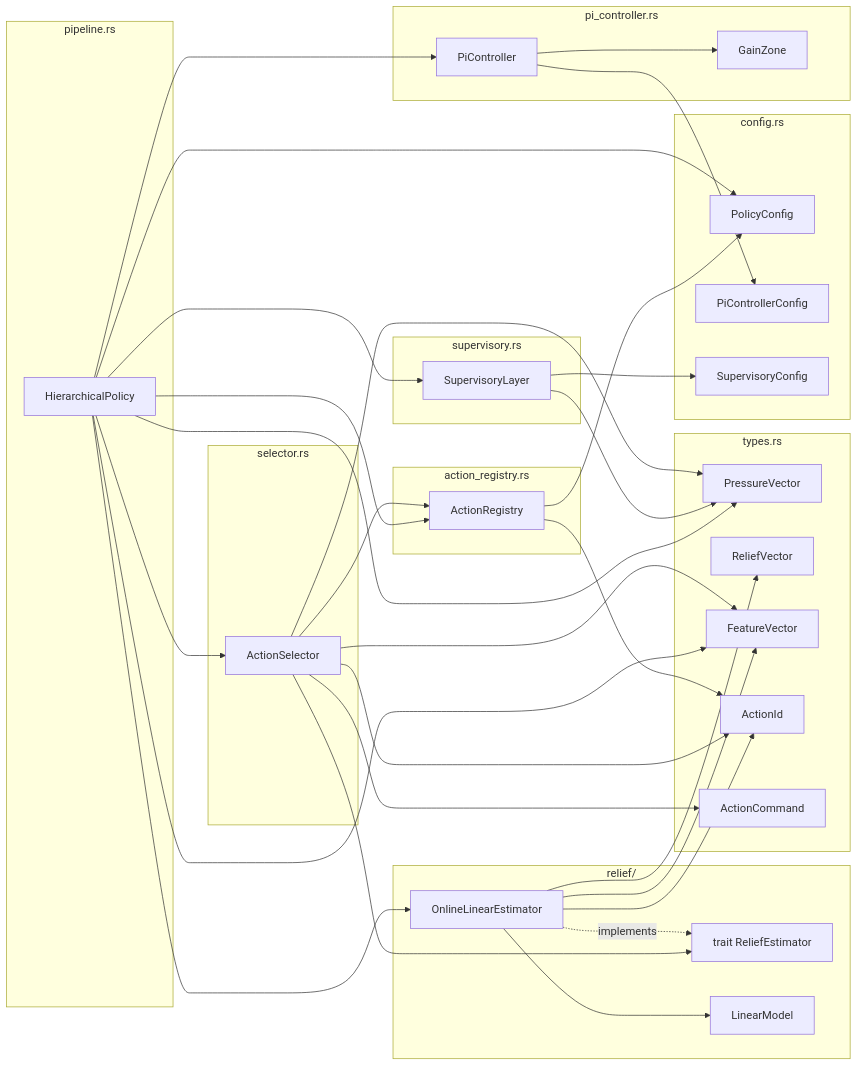
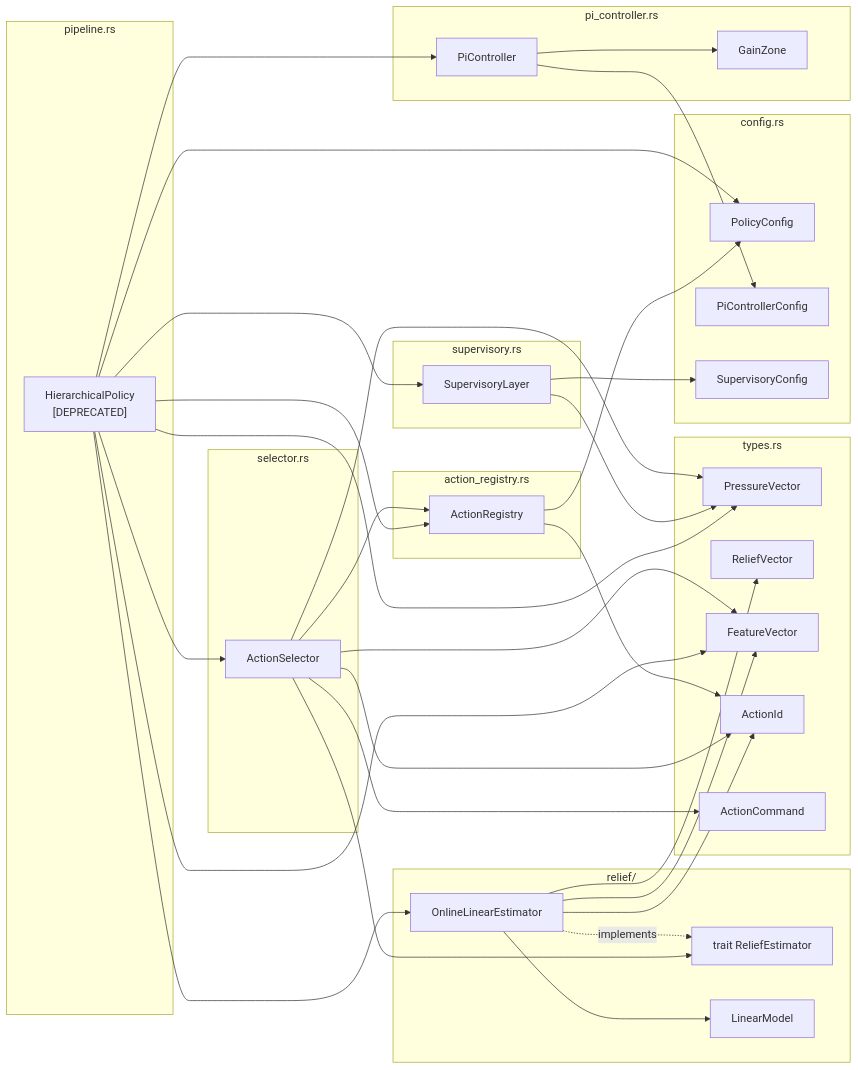
One commit to hedone21/llm_rs2 changed the sixth of 7 diagrams in arch/22-manager-algorithms.md. Above: the diagram before and after it, drawn with Mermaid. The commit also changed other lines of this file and 3 other files, not shown here.

First line of the commit message:
docs(arch): update Manager architecture for LuaPolicy as default policy

````diff
--- a/arch/22-manager-algorithms.md
+++ b/arch/22-manager-algorithms.md
@@ -750,73 +777,73 @@
 ```mermaid
 flowchart LR
     subgraph pipeline.rs
-        HP[HierarchicalPolicy]
+        HP["HierarchicalPolicy<br/>[DEPRECATED]"]
     end
 
     subgraph pi_controller.rs
         PI[PiController]
         GZ[GainZone]
     end
 
     subgraph supervisory.rs
         SL[SupervisoryLayer]
     end
 
     subgraph selector.rs
         AS[ActionSelector]
     end
 
     subgraph relief/
         RE["trait ReliefEstimator"]
         OLE[OnlineLinearEstimator]
         LM[LinearModel]
     end
 
     subgraph action_registry.rs
         AR[ActionRegistry]
     end
 
     subgraph types.rs
         PV[PressureVector]
         RV[ReliefVector]
         FV[FeatureVector]
         AI[ActionId]
         AC[ActionCommand]
     end
 
     subgraph config.rs
         PC[PolicyConfig]
         PIC[PiControllerConfig]
         SC[SupervisoryConfig]
     end
 
     HP --> PI
     HP --> SL
     HP --> AS
     HP --> OLE
     HP --> AR
     HP --> PV
     HP --> FV
 
     PI --> GZ
     SL --> PV
     AS --> AR
     AS --> RE
     AS --> PV
     AS --> FV
     AS --> AI
     AS --> AC
 
     OLE -.->|implements| RE
     OLE --> LM
     OLE --> AI
     OLE --> FV
     OLE --> RV
 
     AR --> AI
     AR --> PC
 
     HP --> PC
     PI --> PIC
     SL --> SC
 ```
````
